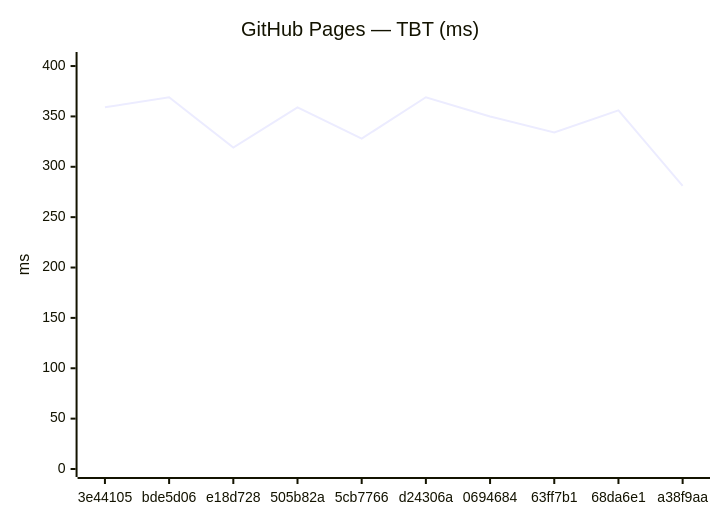
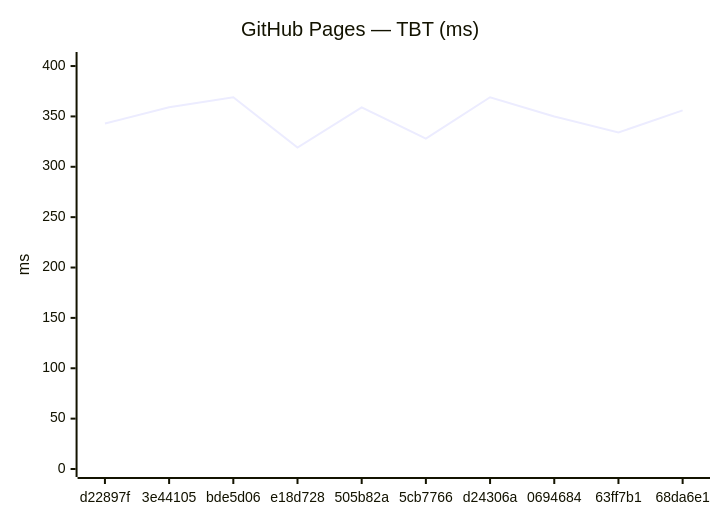
Before and after one commit to Metaheurist/Rianell: the fourth of 18 diagrams in benchmarks/compare.md, drawn with Mermaid. The commit also changed other lines of this file and 11 other files, not shown here.

````diff
--- a/benchmarks/compare.md
+++ b/benchmarks/compare.md
@@ -61,7 +61,7 @@
 ```mermaid
 xychart-beta
     title "GitHub Pages — TBT (ms)"
-    x-axis ["3e44105", "bde5d06", "e18d728", "505b82a", "5cb7766", "d24306a", "0694684", "63ff7b1", "68da6e1", "a38f9aa"]
+    x-axis ["d22897f", "3e44105", "bde5d06", "e18d728", "505b82a", "5cb7766", "d24306a", "0694684", "63ff7b1", "68da6e1"]
     y-axis "ms" 0 --> 406
-    line [359, 369, 319, 359, 328, 369, 350, 334, 356, 281]
+    line [343, 359, 369, 319, 359, 328, 369, 350, 334, 356]
 ```
````
